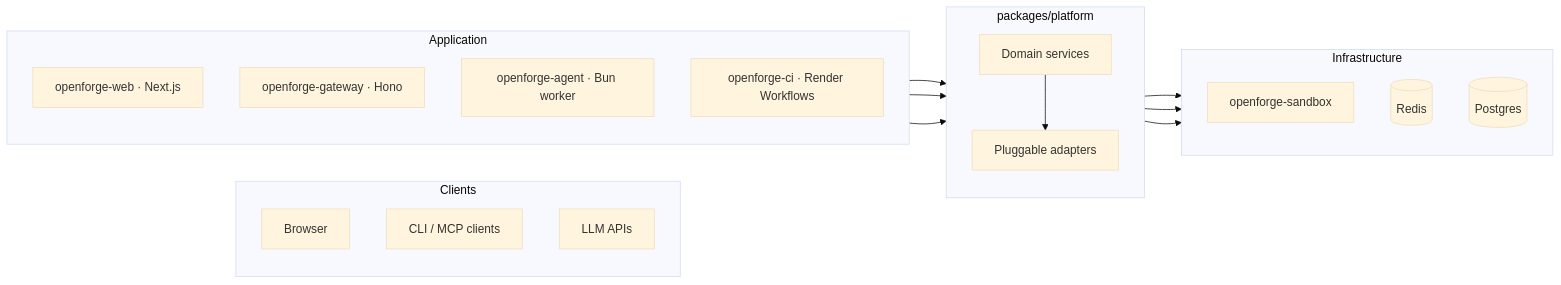
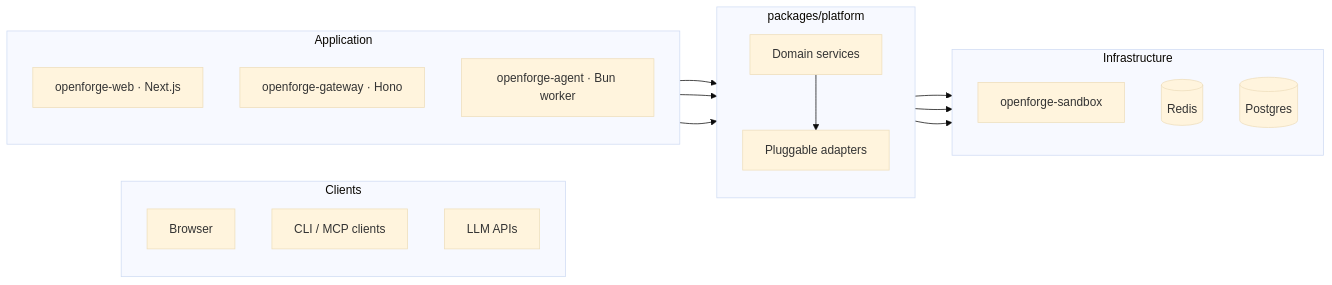
The diagram in README.md (jacobprall/render-open-forge), drawn with Mermaid (base theme) before and after one commit. The commit also changed other lines of this file and 56 other files, not shown here.

````diff
--- a/README.md
+++ b/README.md
@@ -16,38 +16,37 @@
 ```mermaid
 graph LR
     subgraph Clients
         direction TB
         Browser["Browser"]
         CLI["CLI / MCP clients"]
         LLM["LLM APIs"]
     end
 
     subgraph Application
         direction TB
         Web["openforge-web · Next.js"]
         Gateway["openforge-gateway · Hono"]
         Agent["openforge-agent · Bun worker"]
-        CI["openforge-ci · Render Workflows"]
     end
 
     subgraph Platform["packages/platform"]
         direction TB
         Services["Domain services"]
         Adapters["Pluggable adapters"]
     end
 
     subgraph Infrastructure
         direction TB
         Sandbox["openforge-sandbox"]
         Redis[("Redis")]
         Postgres[("Postgres")]
     end
 
     Web --> Services
     Gateway --> Services
     Agent --> Services
     Services --> Adapters
     Adapters --> Sandbox
     Adapters --> Redis
     Adapters --> Postgres
 ```
````
